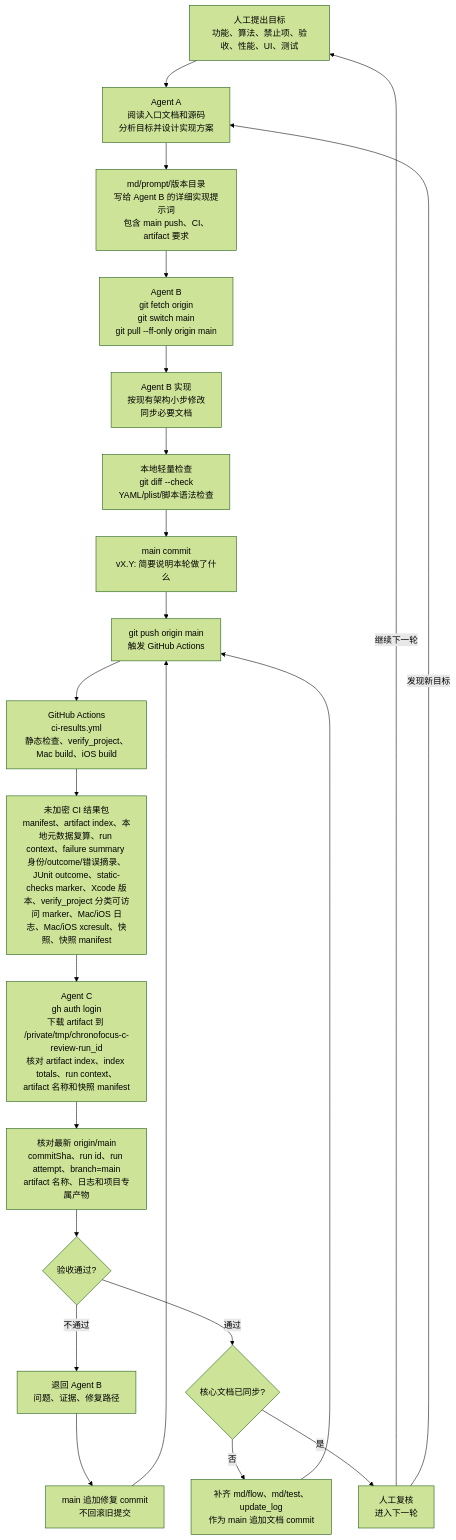
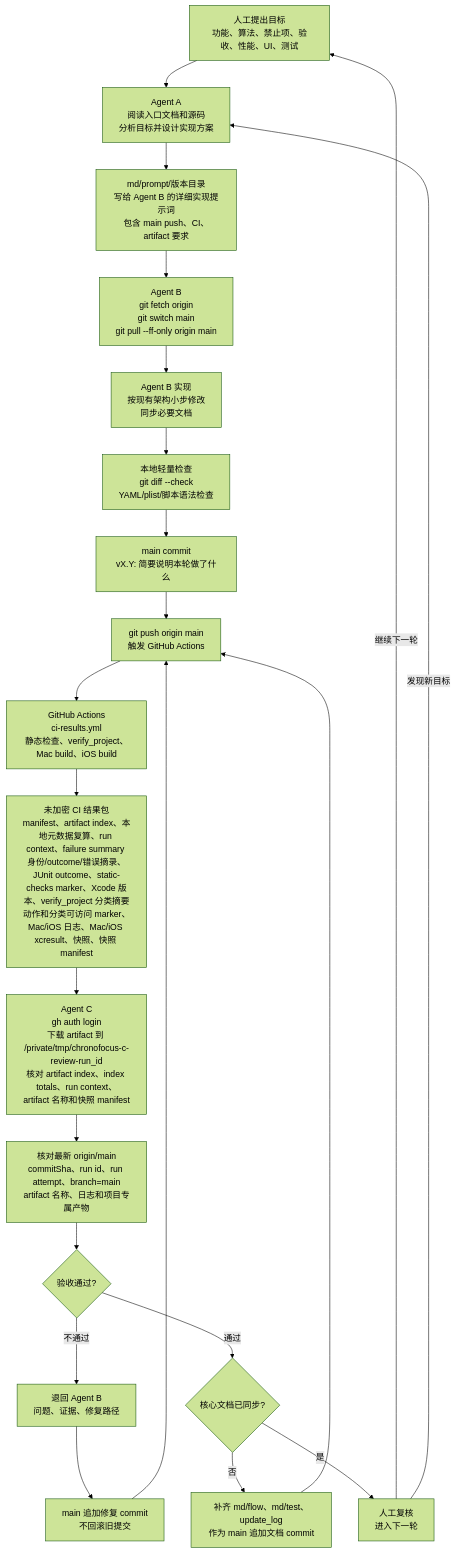
Before and after one commit to Altman-sam114/114: the fifth of 6 diagrams in md/flow/flowchart.md, drawn with Mermaid (forest theme). The commit also changed other lines of this file and 7 other files, not shown here.

````diff
--- a/md/flow/flowchart.md
+++ b/md/flow/flowchart.md
@@ -102,24 +102,24 @@
 ```mermaid
 flowchart TD
   H["人工提出目标<br/>功能、算法、禁止项、验收、性能、UI、测试"] --> A["Agent A<br/>阅读入口文档和源码<br/>分析目标并设计实现方案"]
   A --> P["md/prompt/版本目录<br/>写给 Agent B 的详细实现提示词<br/>包含 main push、CI、artifact 要求"]
   P --> B0["Agent B<br/>git fetch origin<br/>git switch main<br/>git pull --ff-only origin main"]
   B0 --> B1["Agent B 实现<br/>按现有架构小步修改<br/>同步必要文档"]
   B1 --> L["本地轻量检查<br/>git diff --check<br/>YAML/plist/脚本语法检查"]
   L --> G["main commit<br/>vX.Y: 简要说明本轮做了什么"]
   G --> PUSH["git push origin main<br/>触发 GitHub Actions"]
   PUSH --> CI["GitHub Actions<br/>ci-results.yml<br/>静态检查、verify_project、Mac build、iOS build"]
-  CI --> ART["未加密 CI 结果包<br/>manifest、artifact index、本地元数据复算、run context、failure summary 身份/outcome/错误摘录、JUnit outcome、static-checks marker、Xcode 版本、verify_project 分类可访问 marker、Mac/iOS 日志、Mac/iOS xcresult、快照、快照 manifest"]
+  CI --> ART["未加密 CI 结果包<br/>manifest、artifact index、本地元数据复算、run context、failure summary 身份/outcome/错误摘录、JUnit outcome、static-checks marker、Xcode 版本、verify_project 分类摘要动作和分类可访问 marker、Mac/iOS 日志、Mac/iOS xcresult、快照、快照 manifest"]
   ART --> C["Agent C<br/>gh auth login<br/>下载 artifact 到 /private/tmp/chronofocus-c-review-run_id<br/>核对 artifact index、index totals、run context、artifact 名称和快照 manifest"]
   C --> V["核对最新 origin/main<br/>commitSha、run id、run attempt、branch=main<br/>artifact 名称、日志和项目专属产物"]
   V --> PASS{"验收通过?"}
   PASS -->|不通过| BACK["退回 Agent B<br/>问题、证据、修复路径"]
   BACK --> FIX["main 追加修复 commit<br/>不回滚旧提交"]
   FIX --> PUSH
   PASS -->|通过| DOC{"核心文档已同步?"}
   DOC -->|否| D["补齐 md/flow、md/test、update_log<br/>作为 main 追加文档 commit"]
   D --> PUSH
   DOC -->|是| J["人工复核<br/>进入下一轮"]
   J -->|继续下一轮| H
   J -->|发现新目标| A
 ```
````
